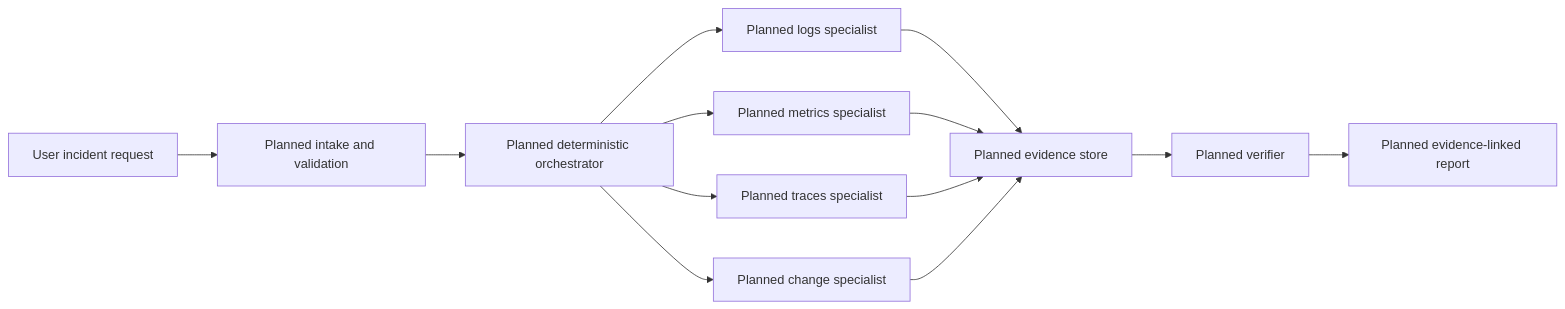
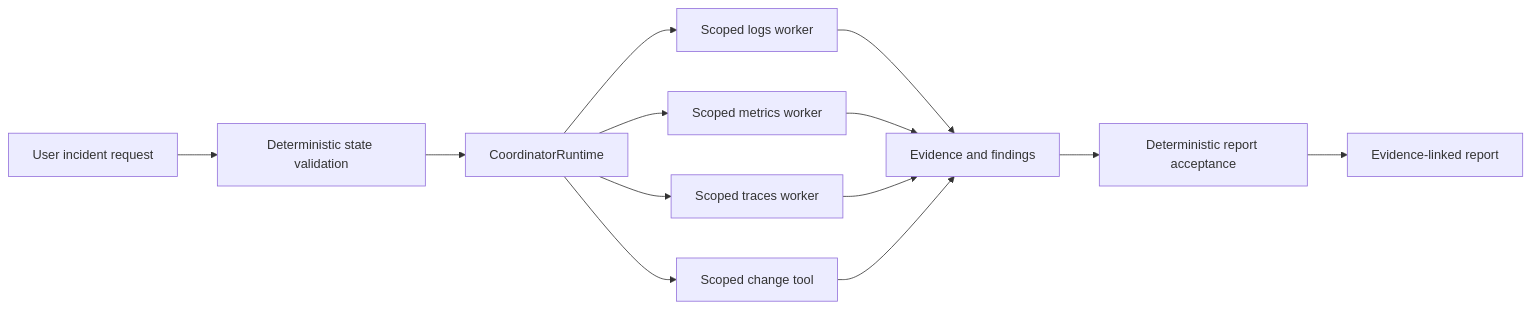
Before and after one commit to Kaushik-2005/IncidentLens: the first of 15 diagrams in docs/design.md, drawn with Mermaid. The commit also changed other lines of this file and 17 other files, not shown here.

````diff
--- a/docs/design.md
+++ b/docs/design.md
@@ -69,15 +69,15 @@
 ```mermaid
 flowchart LR
-    User[User incident request] --> Intake[Planned intake and validation]
-    Intake --> Orchestrator[Planned deterministic orchestrator]
-    Orchestrator --> Logs[Planned logs specialist]
-    Orchestrator --> Metrics[Planned metrics specialist]
-    Orchestrator --> Traces[Planned traces specialist]
-    Orchestrator --> Changes[Planned change specialist]
-    Logs --> Evidence[Planned evidence store]
+    User[User incident request] --> Intake[Deterministic state validation]
+    Intake --> Orchestrator[CoordinatorRuntime]
+    Orchestrator --> Logs[Scoped logs worker]
+    Orchestrator --> Metrics[Scoped metrics worker]
+    Orchestrator --> Traces[Scoped traces worker]
+    Orchestrator --> Changes[Scoped change tool]
+    Logs --> Evidence[Evidence and findings]
     Metrics --> Evidence
     Traces --> Evidence
     Changes --> Evidence
-    Evidence --> Verify[Planned verifier]
-    Verify --> Report[Planned evidence-linked report]
+    Evidence --> Verify[Deterministic report acceptance]
+    Verify --> Report[Evidence-linked report]
 ```
````
